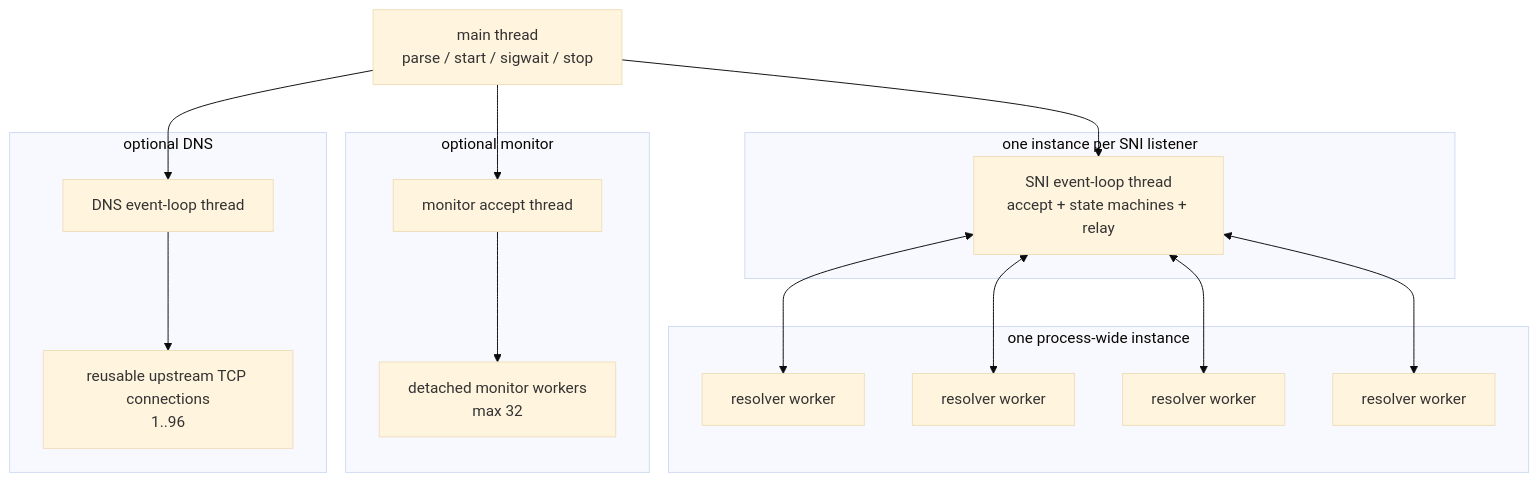
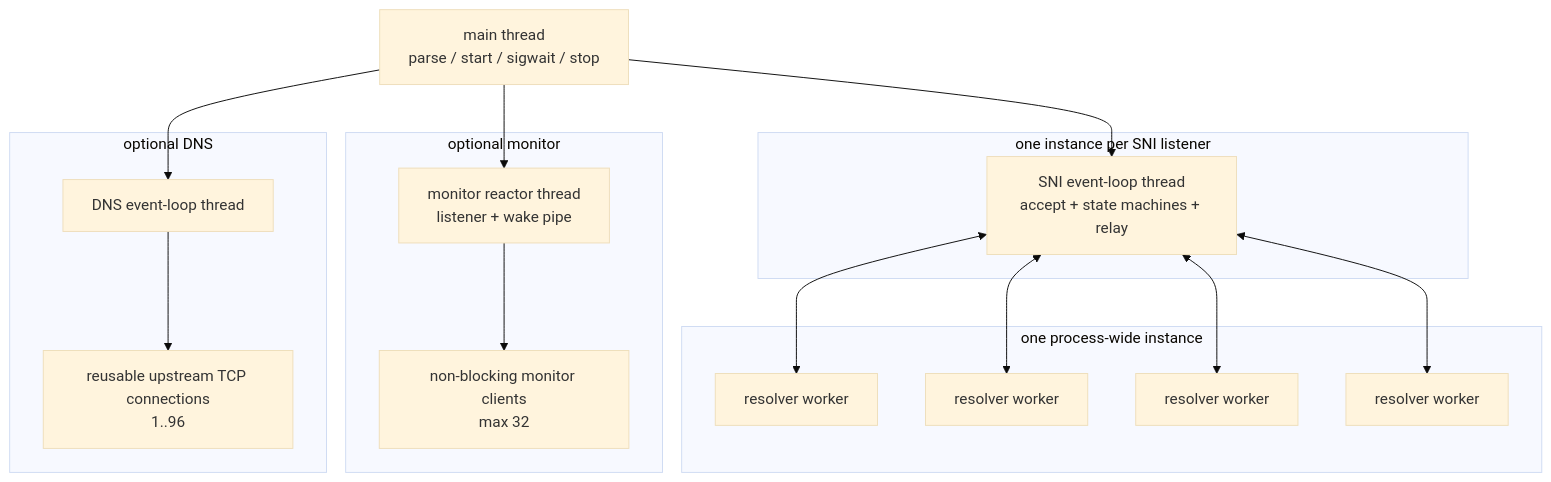
One commit to 0x7a657573/zroxy changed the third of 11 diagrams in ARCHITECTURE.md. Above: the diagram before and after it, drawn with Mermaid (base theme). The commit also changed other lines of this file and 2 other files, not shown here.

Commit message:
docs: describe the single-thread monitor

````diff
--- a/ARCHITECTURE.md
+++ b/ARCHITECTURE.md
@@ -326,35 +322,35 @@
 ```mermaid
 flowchart TB
     Main[main thread\nparse / start / sigwait / stop]
 
     subgraph PerListener[one instance per SNI listener]
         Loop[SNI event-loop thread\naccept + state machines + relay]
     end
 
     subgraph SharedResolver[one process-wide instance]
         R1[resolver worker]
         R2[resolver worker]
         R3[resolver worker]
         R4[resolver worker]
     end
 
     subgraph MonitorService[optional monitor]
-        MA[monitor accept thread]
-        MW[detached monitor workers\nmax 32]
+        MA[monitor reactor thread\nlistener + wake pipe]
+        MC[non-blocking monitor clients\nmax 32]
     end
 
     subgraph DNSService[optional DNS]
         DE[DNS event-loop thread]
         Upstreams[reusable upstream TCP connections\n1..96]
     end
 
     Main --> Loop
     Main --> MA
     Main --> DE
     Loop <--> R1
     Loop <--> R2
     Loop <--> R3
     Loop <--> R4
-    MA --> MW
+    MA --> MC
     DE --> Upstreams
 ```
````
